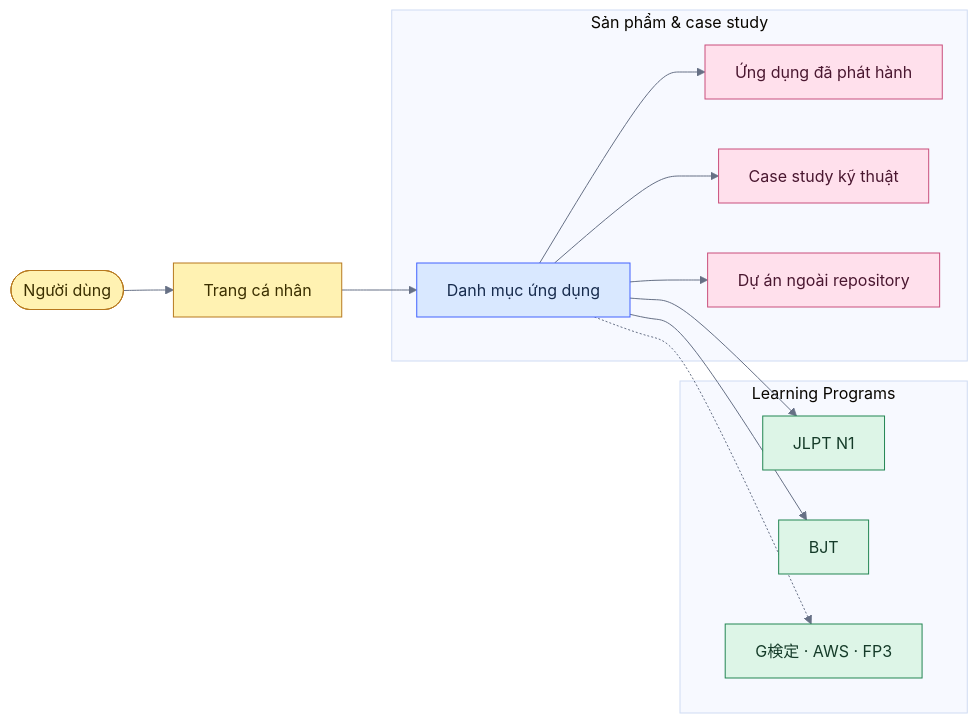
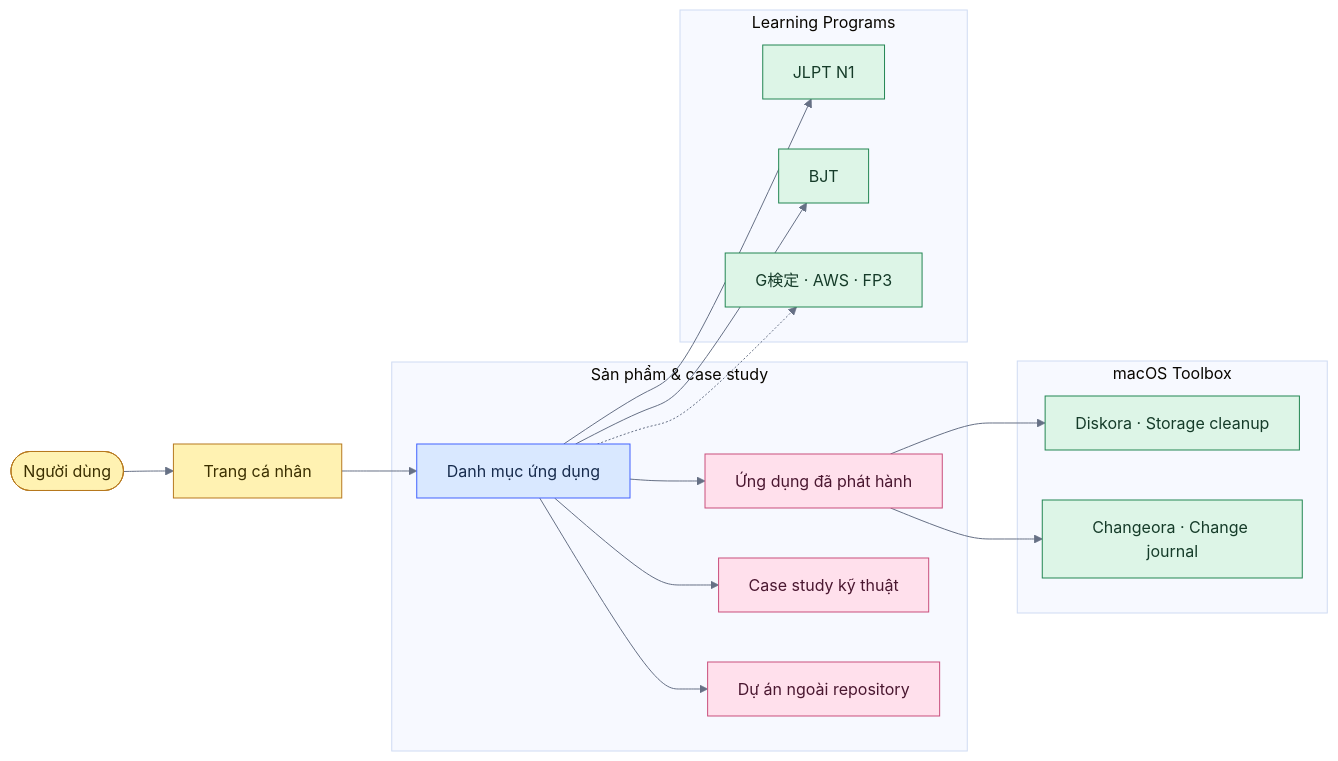
The first of 3 diagrams in README.md (thangldw/thangldw.github.io), drawn with Mermaid before and after one commit. The commit also changed other lines of this file and 3 other files, not shown here.

Commit message:
feat: feature Diskora and Changeora releases

````diff
--- a/README.md
+++ b/README.md
@@ -9,27 +9,33 @@
 ```mermaid
 %%{init: {"theme":"base","themeVariables":{"fontFamily":"Inter, Arial, sans-serif","lineColor":"#667085","primaryTextColor":"#172B4D"}}}%%
 flowchart LR
   Visitor(["Người dùng"]) --> Home["Trang cá nhân"]
   Home --> Apps["Danh mục ứng dụng"]
 
   subgraph Work["Sản phẩm & case study"]
     Apps --> Products["Ứng dụng đã phát hành"]
     Apps --> Cases["Case study kỹ thuật"]
     Apps --> External["Dự án ngoài repository"]
+  end
+
+  subgraph Toolbox["macOS Toolbox"]
+    Products --> Diskora["Diskora · Storage cleanup"]
+    Products --> Changeora["Changeora · Change journal"]
   end
 
   subgraph Learning["Learning Programs"]
     Apps --> JLPT["JLPT N1"]
     Apps --> BJT["BJT"]
     Apps -.-> Future["G検定 · AWS · FP3"]
   end
 
   classDef yellow fill:#FFF2B2,stroke:#B7791F,color:#3B2F00,stroke-width:1px;
   classDef blue fill:#D9E8FF,stroke:#4262FF,color:#172B4D,stroke-width:1px;
   classDef green fill:#DDF5E7,stroke:#238653,color:#153B29,stroke-width:1px;
   classDef pink fill:#FFE0EC,stroke:#C94F7C,color:#4A1730,stroke-width:1px;
   class Visitor,Home yellow;
   class Apps blue;
   class Products,Cases,External pink;
+  class Diskora,Changeora green;
   class JLPT,BJT,Future green;
 ```
````
